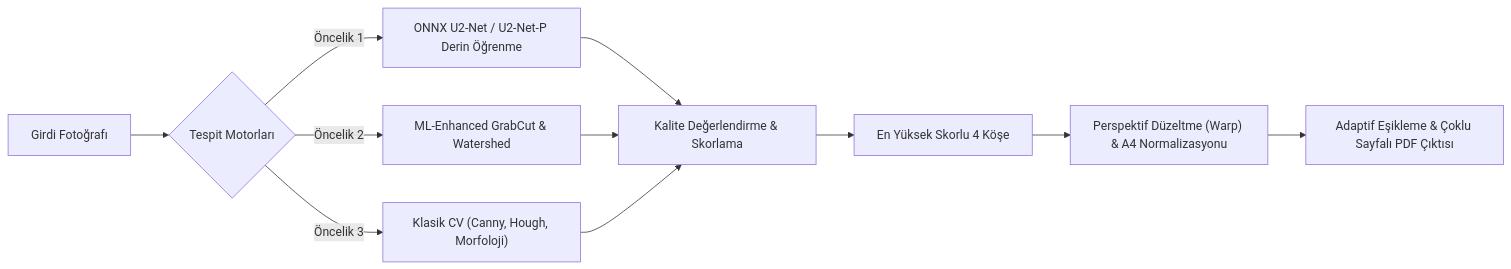
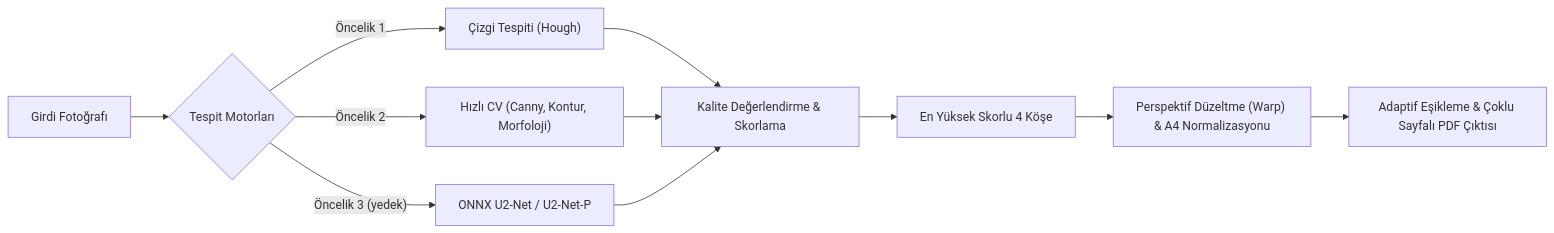
Before and after one commit to AsirCan/PDFAura: the diagram in README.md, drawn with Mermaid. The commit also changed other lines of this file and 9 other files, not shown here.

````diff
--- a/README.md
+++ b/README.md
@@ -166,13 +175,13 @@
 ```mermaid
 flowchart LR
     A["Girdi Fotoğrafı"] --> B{"Tespit Motorları"}
-    B -->|"Öncelik 1"| C["ONNX U2-Net / U2-Net-P Derin Öğrenme"]
-    B -->|"Öncelik 2"| D["ML-Enhanced GrabCut & Watershed"]
-    B -->|"Öncelik 3"| E["Klasik CV (Canny, Hough, Morfoloji)"]
-    C --> F["Kalite Değerlendirme & Skorlama"]
+    B -->|"Öncelik 1"| E["Çizgi Tespiti (Hough)"]
+    B -->|"Öncelik 2"| D["Hızlı CV (Canny, Kontur, Morfoloji)"]
+    B -->|"Öncelik 3 (yedek)"| C["ONNX U2-Net / U2-Net-P"]
+    E --> F["Kalite Değerlendirme & Skorlama"]
     D --> F
-    E --> F
+    C --> F
     F --> G["En Yüksek Skorlu 4 Köşe"]
     G --> H["Perspektif Düzeltme (Warp) & A4 Normalizasyonu"]
     H --> I["Adaptif Eşikleme & Çoklu Sayfalı PDF Çıktısı"]
 ```
````
